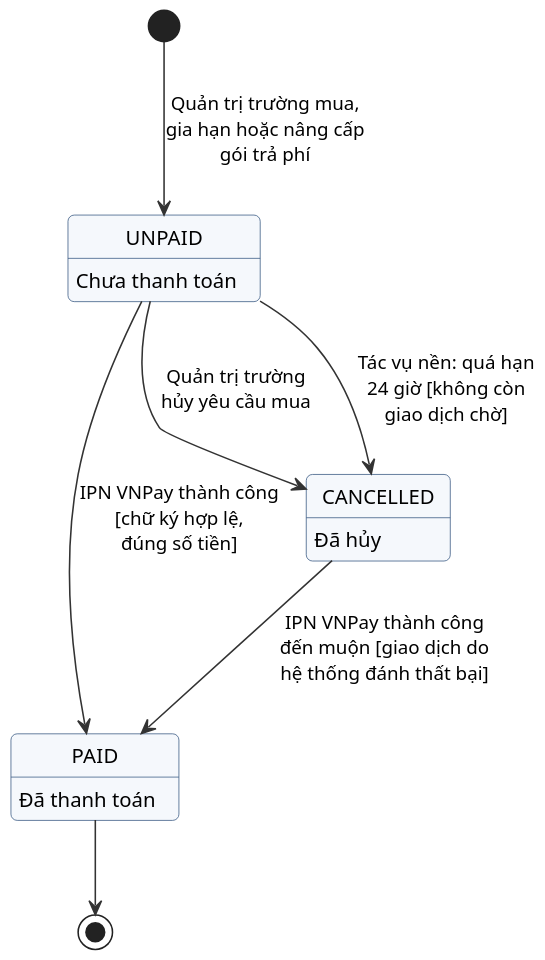
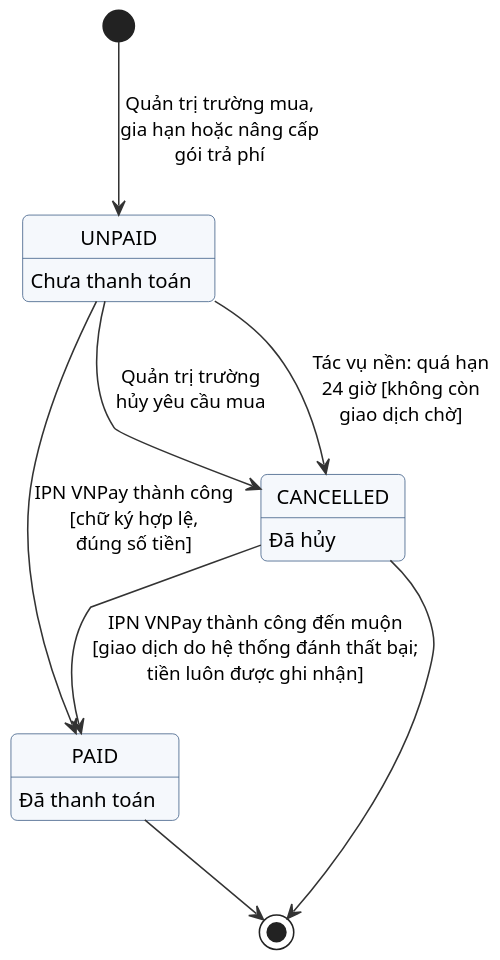
Before and after one commit to Nho2708/BE_Cultural_Heritage-: the diagram in docs/so-do/vi/trang-thai-hoa-don.puml, drawn with PlantUML. The commit also changed 23 other files, not shown here.

First line of the commit message:
Update design diagrams and database overview to the current behavior (#50)

```diff
--- a/docs/so-do/vi/trang-thai-hoa-don.puml
+++ b/docs/so-do/vi/trang-thai-hoa-don.puml
@@ -1,36 +1,37 @@
 @startuml
 skinparam defaultFontName Arial
 skinparam defaultFontSize 13
 skinparam dpi 150
 skinparam shadowing false
 skinparam roundCorner 8
 skinparam ArrowColor #333333
 skinparam ArrowFontSize 12
 skinparam ActivityBackgroundColor #F5F8FC
 skinparam ActivityBorderColor #3B5B85
 skinparam ActivityDiamondBackgroundColor #FFF6E5
 skinparam ActivityDiamondBorderColor #B7791F
 skinparam SwimlaneTitleFontStyle bold
 skinparam StateBackgroundColor #F5F8FC
 skinparam StateBorderColor #3B5B85
 skinparam ComponentBackgroundColor #F5F8FC
 skinparam ComponentBorderColor #3B5B85
 skinparam NodeBackgroundColor #FFFFFF
 skinparam NodeBorderColor #555555
 skinparam DatabaseBackgroundColor #F5F8FC
 skinparam CloudBackgroundColor #FFFFFF
 skinparam ClassBackgroundColor #FFFFFF
 skinparam ClassBorderColor #3B5B85
 skinparam ClassHeaderBackgroundColor #E8EEF6
 skinparam PackageBorderColor #8A9BB3
 hide empty description
 state UNPAID : Chưa thanh toán
 state PAID : Đã thanh toán
 state CANCELLED : Đã hủy
 [*] --> UNPAID : Quản trị trường mua,\ngia hạn hoặc nâng cấp\ngói trả phí
 UNPAID --> PAID : IPN VNPay thành công\n[chữ ký hợp lệ,\nđúng số tiền]
 UNPAID --> CANCELLED : Quản trị trường\nhủy yêu cầu mua
 UNPAID --> CANCELLED : Tác vụ nền: quá hạn\n24 giờ [không còn\ngiao dịch chờ]
-CANCELLED --> PAID : IPN VNPay thành công\nđến muộn [giao dịch do\nhệ thống đánh thất bại]
+CANCELLED --> PAID : IPN VNPay thành công đến muộn\n[giao dịch do hệ thống đánh thất bại;\ntiền luôn được ghi nhận]
+CANCELLED --> [*]
 PAID --> [*]
 @enduml
```
